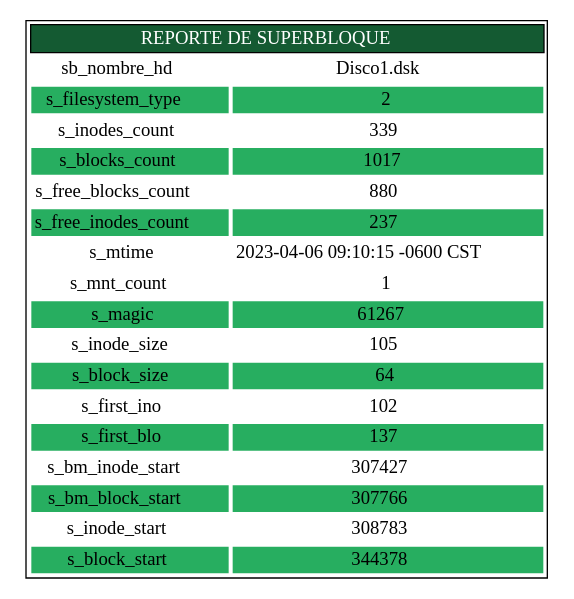
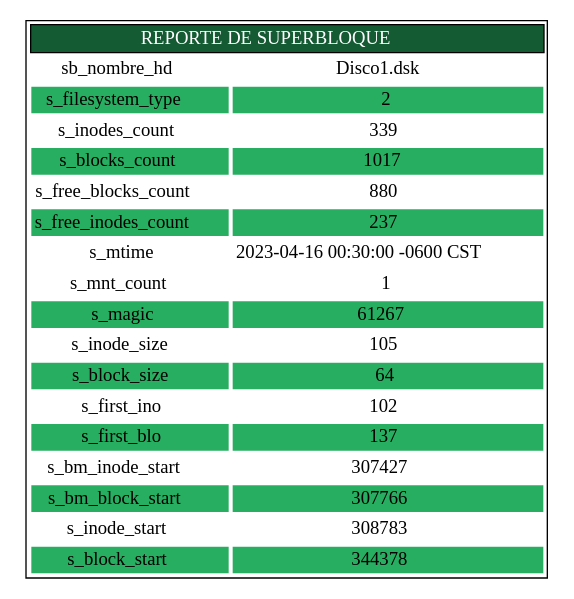
Before and after one commit to EstuardoSon/P2_MIA_202003894: the diagram in Backend/Reportes/DOTS/reporteSb.dot, drawn with Graphviz. The commit also changed 12 other files, not shown here.

```diff
--- a/Backend/Reportes/DOTS/reporteSb.dot
+++ b/Backend/Reportes/DOTS/reporteSb.dot
@@ -1,23 +1,23 @@
 digraph G {
 node[shape=none]
 start[label=<<table>
 <tr><td colspan="2" bgcolor="#145a32"><font color="white">REPORTE DE SUPERBLOQUE</font></td></tr>
 <tr><td color="white">sb_nombre_hd</td><td color="white">Disco1.dsk</td></tr>
 <tr><td bgcolor="#27ae60" color="white">s_filesystem_type</td><td bgcolor="#27ae60" color="white">2</td></tr>
 <tr><td color="white">s_inodes_count</td><td color="white">339</td></tr>
 <tr><td bgcolor="#27ae60" color="white">s_blocks_count</td><td bgcolor="#27ae60" color="white">1017</td></tr>
 <tr><td color="white">s_free_blocks_count</td><td color="white">880</td></tr>
 <tr><td bgcolor="#27ae60" color="white">s_free_inodes_count</td><td bgcolor="#27ae60" color="white">237</td></tr>
-<tr><td color="white">s_mtime</td><td color="white">2023-04-06 09:10:15 -0600 CST</td></tr>
+<tr><td color="white">s_mtime</td><td color="white">2023-04-16 00:30:00 -0600 CST</td></tr>
 <tr><td color="white">s_mnt_count</td><td color="white">1</td></tr>
 <tr><td bgcolor="#27ae60" color="white">s_magic</td><td bgcolor="#27ae60" color="white">61267</td></tr>
 <tr><td color="white">s_inode_size</td><td color="white">105</td></tr>
 <tr><td bgcolor="#27ae60" color="white">s_block_size</td><td bgcolor="#27ae60" color="white">64</td></tr>
 <tr><td color="white">s_first_ino</td><td color="white">102</td></tr>
 <tr><td bgcolor="#27ae60" color="white">s_first_blo</td><td bgcolor="#27ae60" color="white">137</td></tr>
 <tr><td color="white">s_bm_inode_start</td><td color="white">307427</td></tr>
 <tr><td bgcolor="#27ae60" color="white">s_bm_block_start</td><td bgcolor="#27ae60" color="white">307766</td></tr>
 <tr><td color="white">s_inode_start</td><td color="white">308783</td></tr>
 <tr><td bgcolor="#27ae60" color="white">s_block_start</td><td bgcolor="#27ae60" color="white">344378</td></tr>
 </table>>];
 }
```
